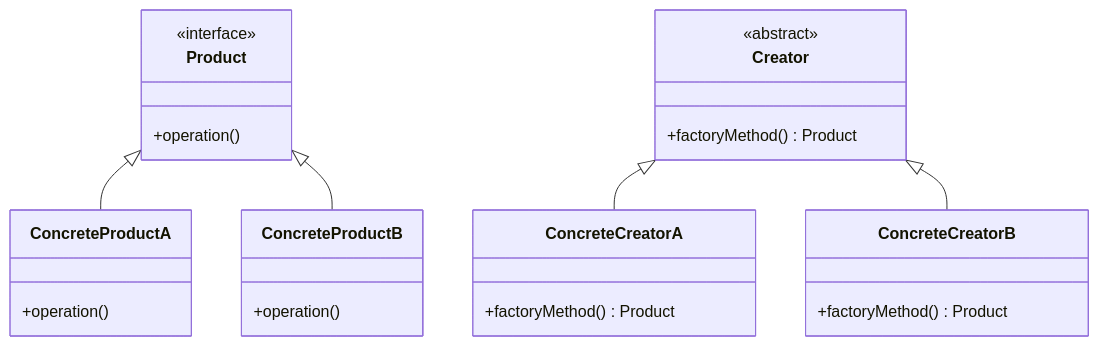
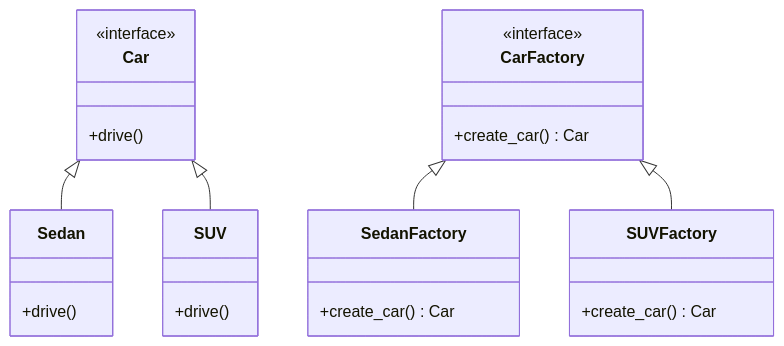
Before and after one commit to 42jerrykim/42jerrykim.github.io: the first of 8 diagrams in articles/_posts/2024/2024-08-21-factory-method.md, drawn with Mermaid. The commit also changed other lines of this file, not shown here.

````diff
--- a/articles/_posts/2024/2024-08-21-factory-method.md
+++ b/articles/_posts/2024/2024-08-21-factory-method.md
@@ -191,33 +204,28 @@
 ```mermaid
 classDiagram
-    class Product {
+    class Car {
         <<interface>>
-        +operation()
+        +drive()
+    }
+    class Sedan {
+        +drive()
+    }
+    class SUV {
+        +drive()
+    }
+    class CarFactory {
+        <<interface>>
+        +create_car() Car
+    }
+    class SedanFactory {
+        +create_car() Car
+    }
+    class SUVFactory {
+        +create_car() Car
     }
 
-    class ConcreteProductA {
-        +operation()
-    }
-
-    class ConcreteProductB {
-        +operation()
-    }
-
-    class Creator {
-        <<abstract>>
-        +factoryMethod() Product
-    }
-
-    class ConcreteCreatorA {
-        +factoryMethod() Product
-    }
-
-    class ConcreteCreatorB {
-        +factoryMethod() Product
-    }
-
-    Product <|-- ConcreteProductA
-    Product <|-- ConcreteProductB
-    Creator <|-- ConcreteCreatorA
-    Creator <|-- ConcreteCreatorB
+    Car <|-- Sedan
+    Car <|-- SUV
+    CarFactory <|-- SedanFactory
+    CarFactory <|-- SUVFactory
 ```
````
